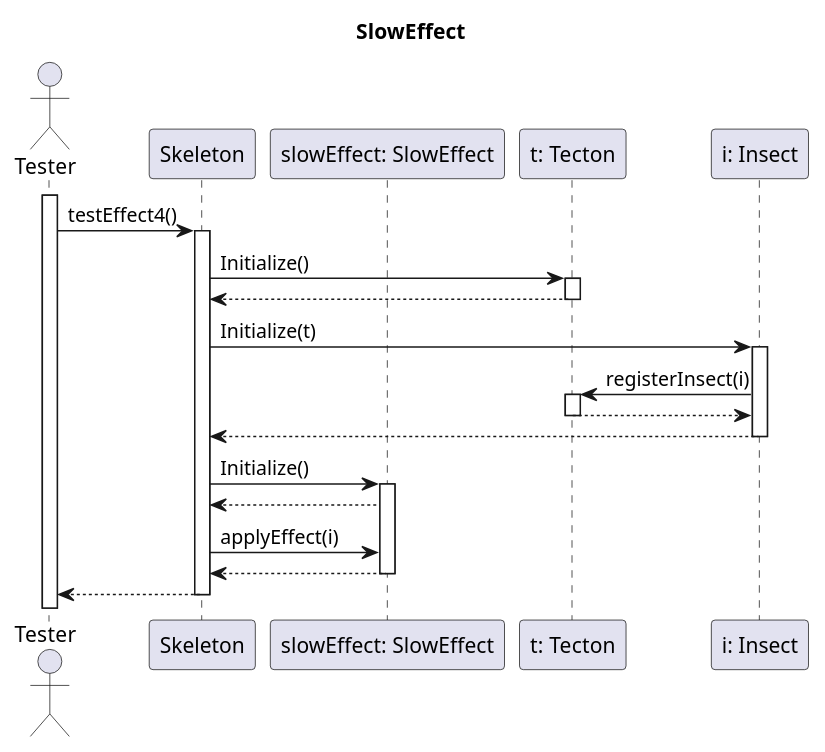
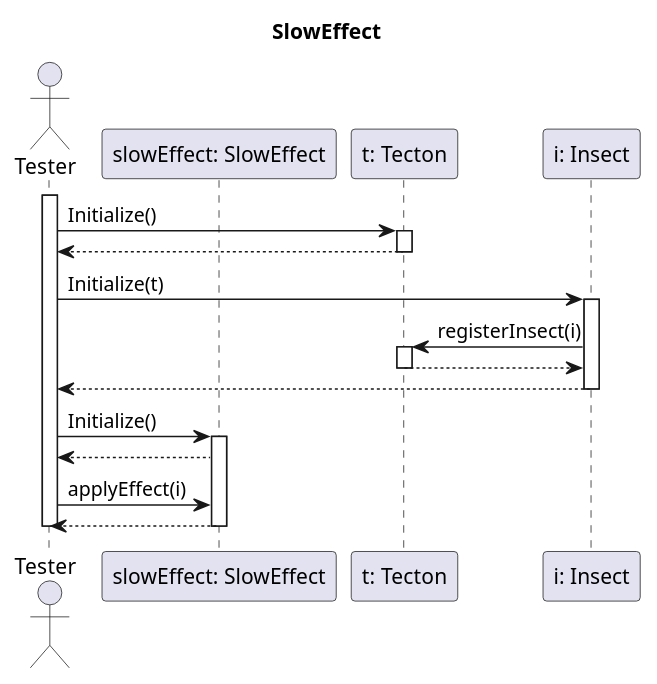
One commit to dzsem/projlab changed the diagram in diagrams/communication/effect/SlowEffect.wsd. Above: the diagram before and after it, drawn with PlantUML. The commit also changed 3 other files, not shown here.

Commit message:
Remove Skeleton from communication diagrams

```diff
--- a/diagrams/communication/effect/SlowEffect.wsd
+++ b/diagrams/communication/effect/SlowEffect.wsd
@@ -1,54 +1,38 @@
 @startuml Effects Init
 
 title SlowEffect 
 
-actor "Tester" as test
-
-participant "Skeleton" as tester
-activate test
-test ->tester:testEffect4()
-
-participant "slowEffect: SlowEffect" as speed
-
-
+actor "Tester" as tester
+participant "slowEffect: SlowEffect" as slow
 participant "t: Tecton" as t
-
 participant "i: Insect" as i
-
 
 activate tester
 
-tester -> t: Initialize()
-activate t
-t --> tester
-deactivate t
+	tester -> t: Initialize()
+	activate t
+	t --> tester
+	deactivate t
 
-tester -> i: Initialize(t)
-activate i
-i-> t: registerInsect(i)
-activate t
-t --> i
-deactivate t
-i--> tester
-deactivate i
+	tester -> i: Initialize(t)
+	activate i
 
+		i-> t: registerInsect(i)
+		activate t
+		t --> i
+		deactivate t
 
+	tester <-- i
+	deactivate i
 
+	tester -> slow: Initialize()
+	activate slow
+	slow --> tester
 
+	tester->slow: applyEffect(i)
+	slow-->tester
+	deactivate slow
 
-
-tester -> speed: Initialize()
-activate speed
-speed --> tester
-
-tester->speed: applyEffect(i)
-speed-->tester
-deactivate speed
-
-test <-- tester
 deactivate tester
 
-
-
-
 @enduml
```
